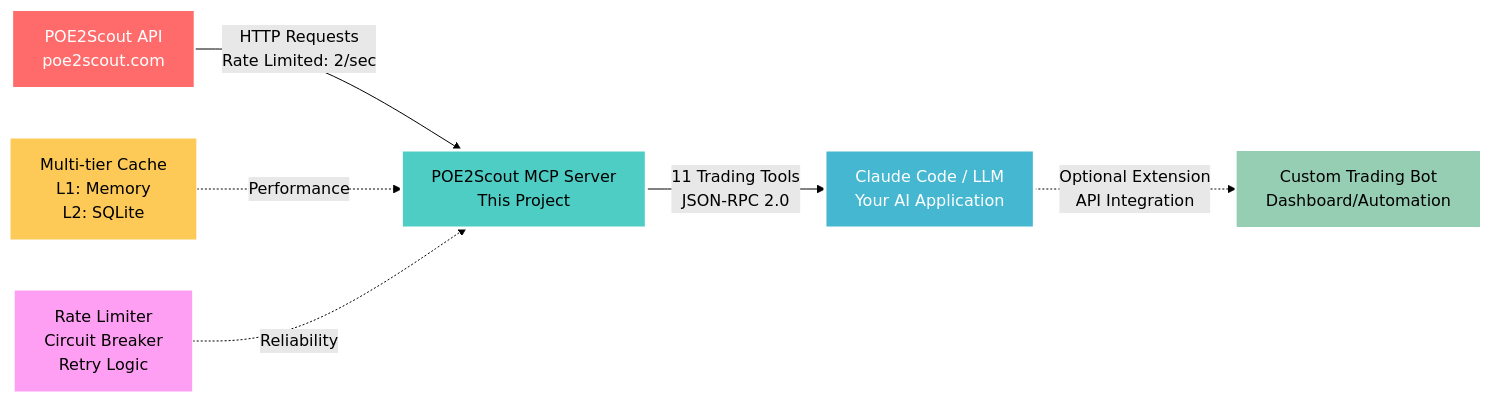
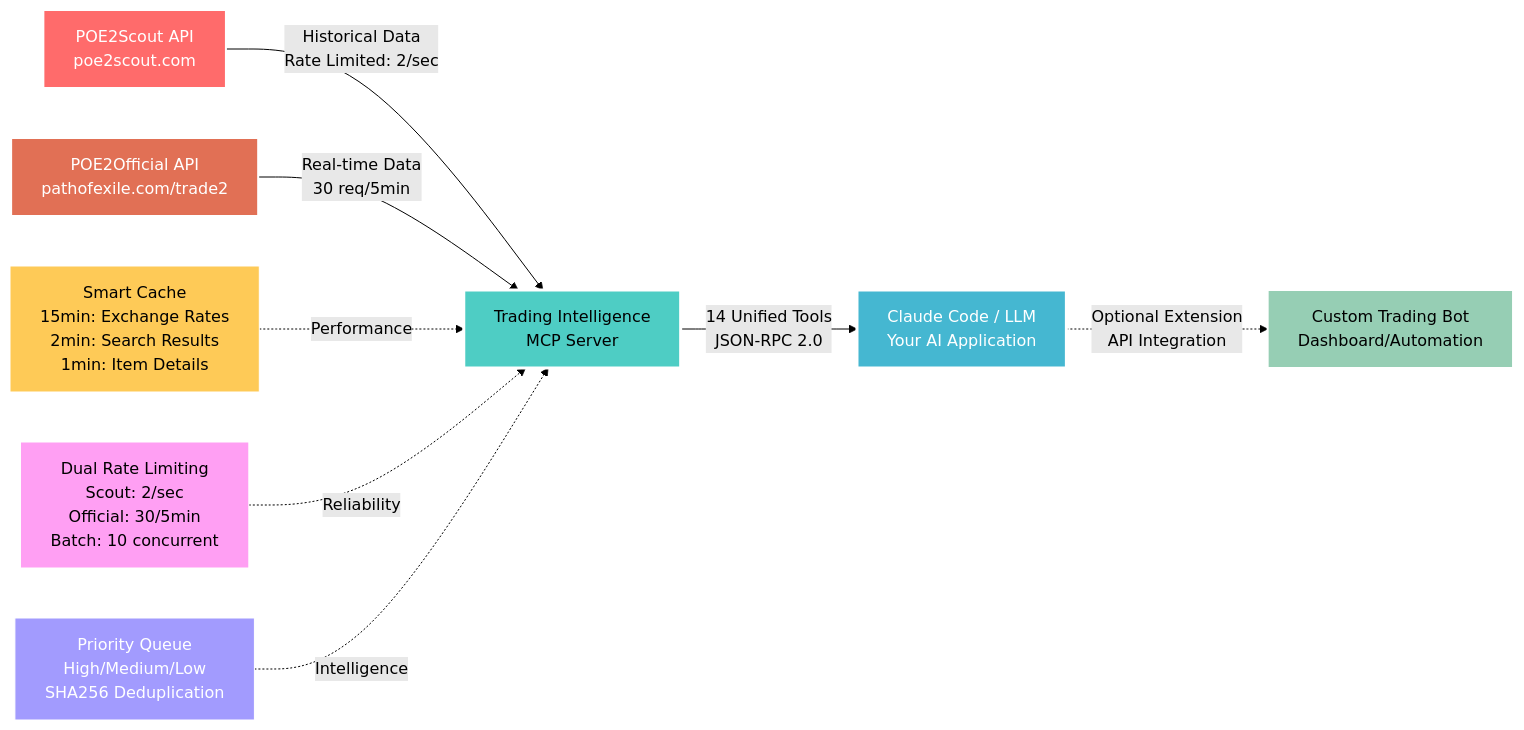
The diagram in README.md (jodagreyhame/poe2-trading-mcp), drawn with Mermaid (forest theme) before and after one commit. The commit also changed other lines of this file, not shown here.

First line of the commit message:
docs: Update README with dual-source POE2Official API integration

````diff
--- a/README.md
+++ b/README.md
@@ -7,16 +7,20 @@
 ```mermaid
 graph LR
-    A[POE2Scout API<br/>poe2scout.com] -->|HTTP Requests<br/>Rate Limited: 2/sec| B[POE2Scout MCP Server<br/>This Project]
-    B -->|11 Trading Tools<br/>JSON-RPC 2.0| C[Claude Code / LLM<br/>Your AI Application]
+    A[POE2Scout API<br/>poe2scout.com] -->|Historical Data<br/>Rate Limited: 2/sec| B[Trading Intelligence<br/>MCP Server]
+    A2[POE2Official API<br/>pathofexile.com/trade2] -->|Real-time Data<br/>30 req/5min| B
+    B -->|14 Unified Tools<br/>JSON-RPC 2.0| C[Claude Code / LLM<br/>Your AI Application]
     C -.->|Optional Extension<br/>API Integration| D[Custom Trading Bot<br/>Dashboard/Automation]
     
-    B1[Multi-tier Cache<br/>L1: Memory<br/>L2: SQLite] -.->|Performance| B
-    B2[Rate Limiter<br/>Circuit Breaker<br/>Retry Logic] -.->|Reliability| B
+    B1[Smart Cache<br/>15min: Exchange Rates<br/>2min: Search Results<br/>1min: Item Details] -.->|Performance| B
+    B2[Dual Rate Limiting<br/>Scout: 2/sec<br/>Official: 30/5min<br/>Batch: 10 concurrent] -.->|Reliability| B
+    B3[Priority Queue<br/>High/Medium/Low<br/>SHA256 Deduplication] -.->|Intelligence| B
     
     style A fill:#ff6b6b,stroke:#fff,stroke-width:2px,color:#fff
+    style A2 fill:#e17055,stroke:#fff,stroke-width:2px,color:#fff
     style B fill:#4ecdc4,stroke:#fff,stroke-width:3px,color:#000
     style C fill:#45b7d1,stroke:#fff,stroke-width:3px,color:#fff
     style D fill:#96ceb4,stroke:#fff,stroke-width:2px,color:#000
     style B1 fill:#feca57,stroke:#fff,stroke-width:1px,color:#000
     style B2 fill:#ff9ff3,stroke:#fff,stroke-width:1px,color:#000
+    style B3 fill:#a29bfe,stroke:#fff,stroke-width:1px,color:#fff
 ```
````
